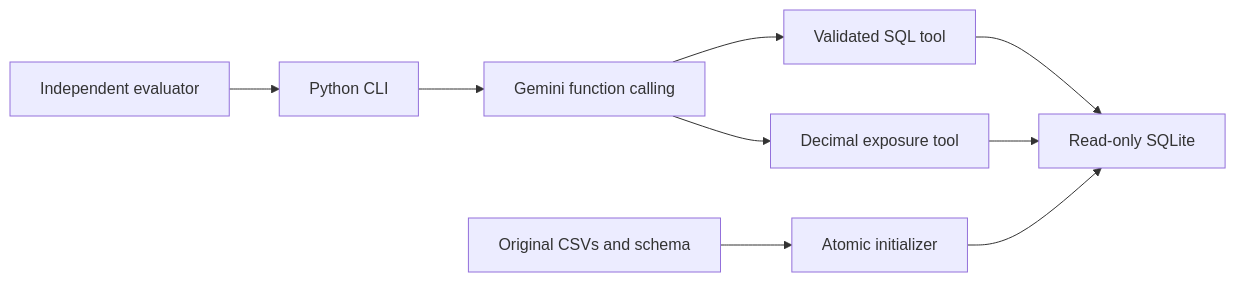
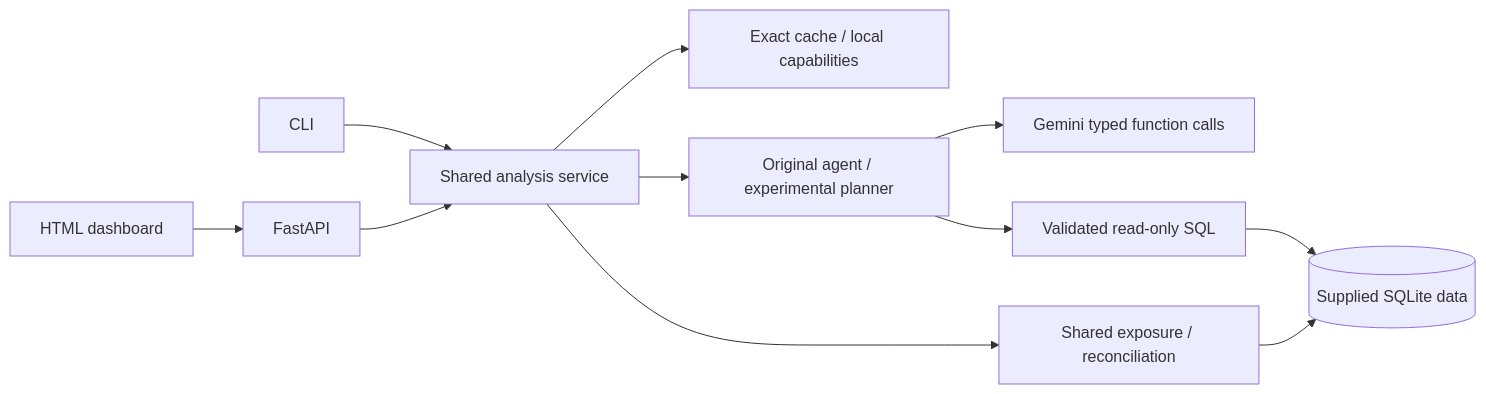
Before and after one commit to Shaunakrane914/PortiQ: the diagram in README.md, drawn with Mermaid. The commit also changed other lines of this file and 38 other files, not shown here.

````diff
--- a/README.md
+++ b/README.md
@@ -170,11 +125,12 @@
 ```mermaid
 flowchart LR
-  CLI[Python CLI] --> Gemini[Gemini function calling]
-  Gemini --> SQL[Validated SQL tool]
-  Gemini --> Equity[Decimal exposure tool]
-  SQL --> RO[Read-only SQLite]
-  Equity --> RO
-  CSV[Original CSVs and schema] --> Init[Atomic initializer]
-  Init --> RO
-  Eval[Independent evaluator] --> CLI
+  CLI --> Service[Shared analysis service]
+  Web[HTML dashboard] --> API[FastAPI] --> Service
+  Service --> Cache[Exact cache / local capabilities]
+  Service --> Agent[Original agent / experimental planner]
+  Agent --> Gemini[Gemini typed function calls]
+  Agent --> SQL[Validated read-only SQL]
+  Service --> Finance[Shared exposure / reconciliation]
+  SQL --> DB[(Supplied SQLite data)]
+  Finance --> DB
 ```
````
